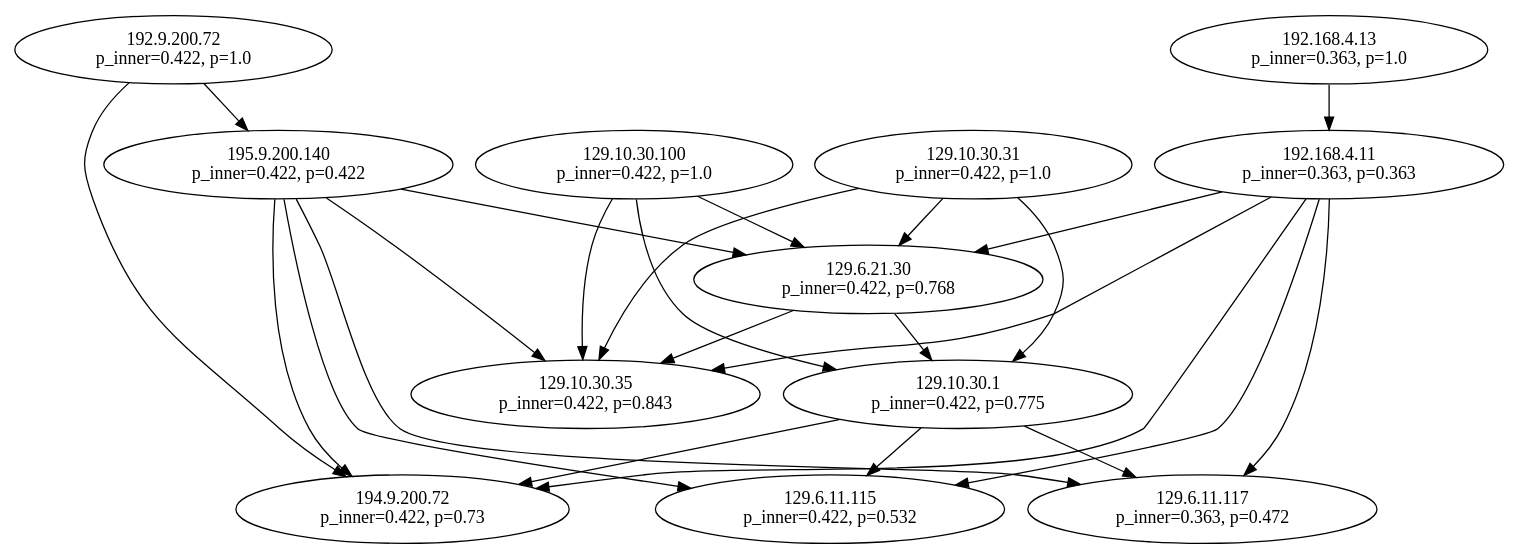
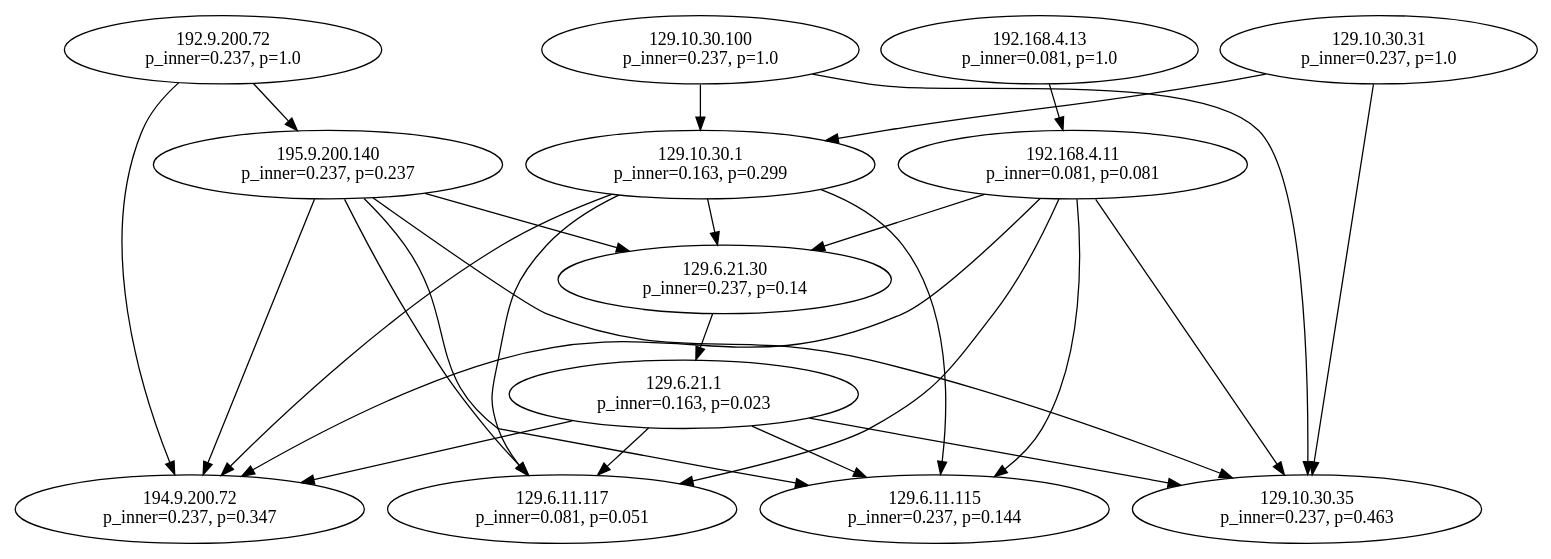
The diagram in cicat/cvss-example/RESULT.dot (WLFJ/CICAT-graph), drawn with Graphviz before and after one commit. The commit also changed 3 other files, not shown here.

```diff
--- a/cicat/cvss-example/RESULT.dot
+++ b/cicat/cvss-example/RESULT.dot
@@ -1,38 +1,41 @@
 digraph G {
-  1 [label="195.9.200.140\np_inner=0.422, p=0.422", shape=ellipse];
-  2 [label="194.9.200.72\np_inner=0.422, p=0.73", shape=ellipse];
-  3 [label="129.6.11.115\np_inner=0.422, p=0.532", shape=ellipse];
-  4 [label="129.6.11.117\np_inner=0.363, p=0.472", shape=ellipse];
-  5 [label="129.10.30.35\np_inner=0.422, p=0.843", shape=ellipse];
-  6 [label="129.6.21.30\np_inner=0.422, p=0.768", shape=ellipse];
-  7 [label="129.10.30.100\np_inner=0.422, p=1.0", shape=ellipse];
-  8 [label="129.10.30.1\np_inner=0.422, p=0.775", shape=ellipse];
-  9 [label="192.168.4.11\np_inner=0.363, p=0.363", shape=ellipse];
-  10 [label="129.10.30.31\np_inner=0.422, p=1.0", shape=ellipse];
-  11 [label="192.9.200.72\np_inner=0.422, p=1.0", shape=ellipse];
-  12 [label="192.168.4.13\np_inner=0.363, p=1.0", shape=ellipse];
+  1 [label="129.10.30.1\np_inner=0.163, p=0.299", shape=ellipse];
+  2 [label="194.9.200.72\np_inner=0.237, p=0.347", shape=ellipse];
+  3 [label="129.6.11.117\np_inner=0.081, p=0.051", shape=ellipse];
+  4 [label="129.6.21.30\np_inner=0.237, p=0.14", shape=ellipse];
+  5 [label="129.6.11.115\np_inner=0.237, p=0.144", shape=ellipse];
+  6 [label="129.10.30.100\np_inner=0.237, p=1.0", shape=ellipse];
+  7 [label="129.10.30.35\np_inner=0.237, p=0.463", shape=ellipse];
+  8 [label="192.168.4.11\np_inner=0.081, p=0.081", shape=ellipse];
+  9 [label="195.9.200.140\np_inner=0.237, p=0.237", shape=ellipse];
+  10 [label="192.9.200.72\np_inner=0.237, p=1.0", shape=ellipse];
+  11 [label="129.6.21.1\np_inner=0.163, p=0.023", shape=ellipse];
+  12 [label="192.168.4.13\np_inner=0.081, p=1.0", shape=ellipse];
+  13 [label="129.10.30.31\np_inner=0.237, p=1.0", shape=ellipse];
+  1 -> 3;
+  10 -> 9;
+  8 -> 7;
+  1 -> 5;
+  11 -> 2;
+  6 -> 1;
+  8 -> 3;
+  11 -> 3;
+  1 -> 4;
+  11 -> 5;
+  13 -> 1;
   9 -> 2;
-  8 -> 3;
+  9 -> 3;
+  12 -> 8;
+  4 -> 11;
   1 -> 2;
-  11 -> 2;
-  7 -> 8;
-  1 -> 6;
-  6 -> 8;
-  9 -> 3;
-  6 -> 5;
-  10 -> 8;
   8 -> 2;
-  1 -> 4;
-  7 -> 5;
-  1 -> 3;
+  11 -> 7;
+  13 -> 7;
+  9 -> 7;
+  6 -> 7;
+  10 -> 2;
+  9 -> 4;
+  8 -> 5;
   8 -> 4;
-  10 -> 6;
   9 -> 5;
-  11 -> 1;
-  12 -> 9;
-  9 -> 4;
-  10 -> 5;
-  7 -> 6;
-  1 -> 5;
-  9 -> 6;
 }
```
